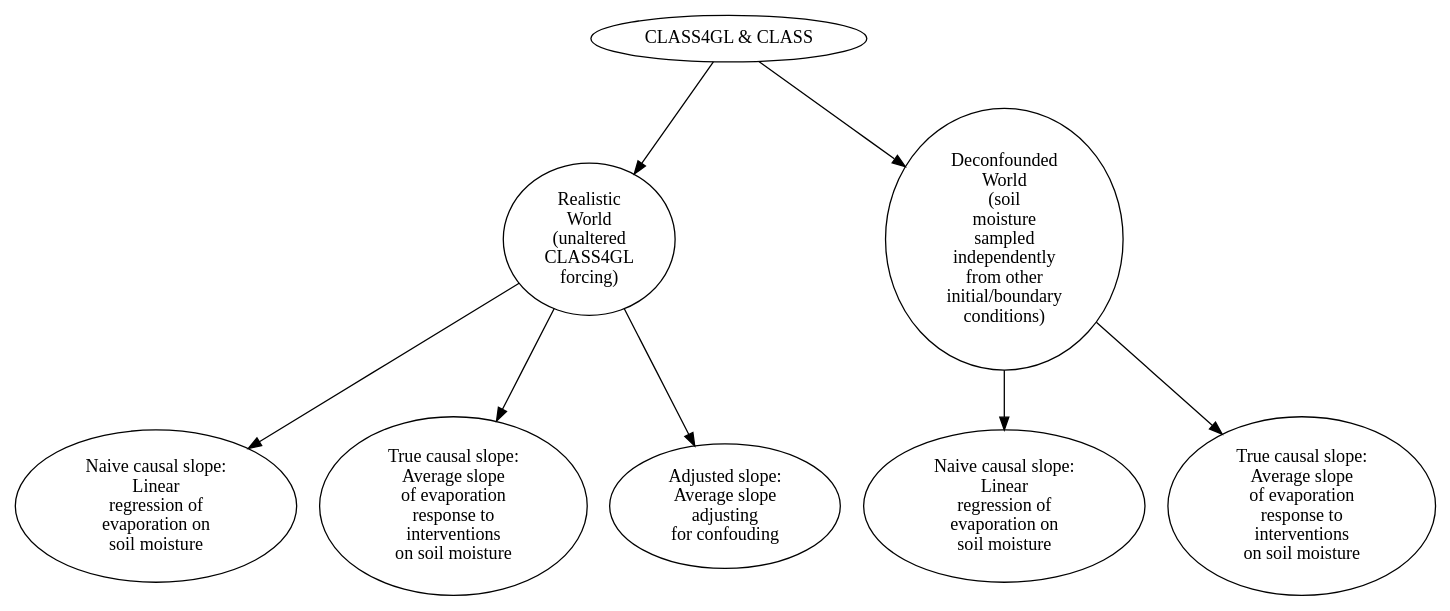
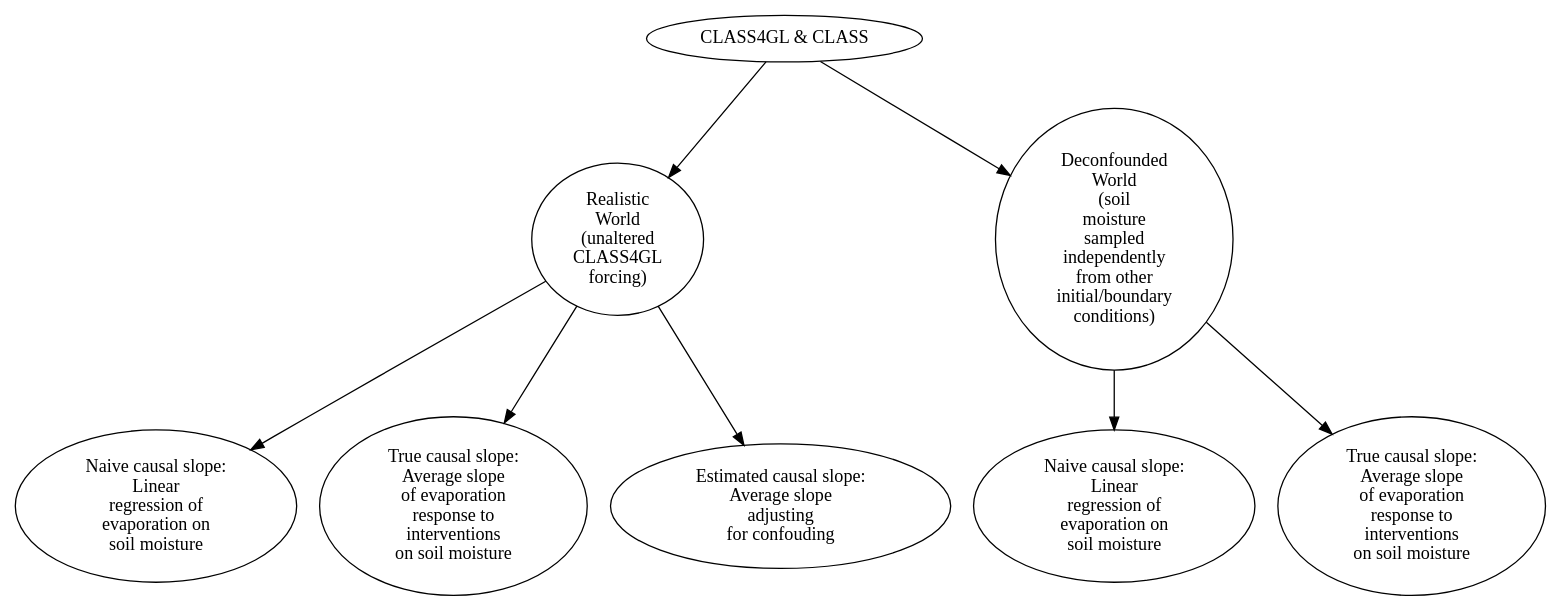
The diagram in simulations.dot (massma/land-atmosphere), drawn with Graphviz before and after one commit.

Commit message:
improve wording of simulations, from Pierre's comment

```diff
--- a/simulations.dot
+++ b/simulations.dot
@@ -1,22 +1,22 @@
 digraph G {
 
         class[label="CLASS4GL & CLASS"];
         realistic[label="Realistic\nWorld\n(unaltered\nCLASS4GL\nforcing)"];
         deconfounded[label="Deconfounded\nWorld\n(soil\nmoisture\nsampled\nindependently\nfrom other\ninitial/boundary\nconditions)"];
         naive[label="Naive causal slope:\nLinear\nregression of\nevaporation on\nsoil moisture"];
         naive_de[label="Naive causal slope:\nLinear\nregression of\nevaporation on\nsoil moisture"];
         true[label="True causal slope:\nAverage slope\nof evaporation\nresponse to\ninterventions\non soil moisture"];
         true_de[label="True causal slope:\nAverage slope\nof evaporation\nresponse to\ninterventions\non soil moisture"];
-        adjusted[label="Adjusted slope:\nAverage slope\nadjusting\nfor confouding"];
+        adjusted[label="Estimated causal slope:\nAverage slope\nadjusting\nfor confouding"];
 
         class -> realistic;
         class -> deconfounded;
 
         realistic -> true;
         realistic -> naive;
         realistic -> adjusted;
 
         deconfounded -> true_de;
         deconfounded -> naive_de;
 
 }
```
